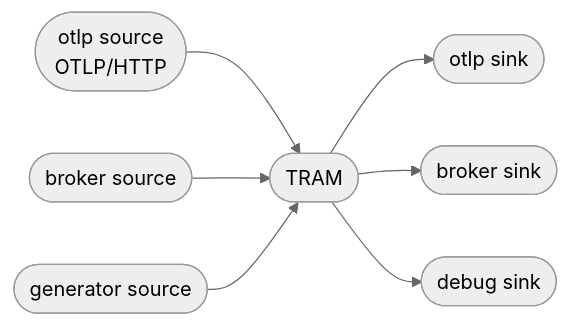
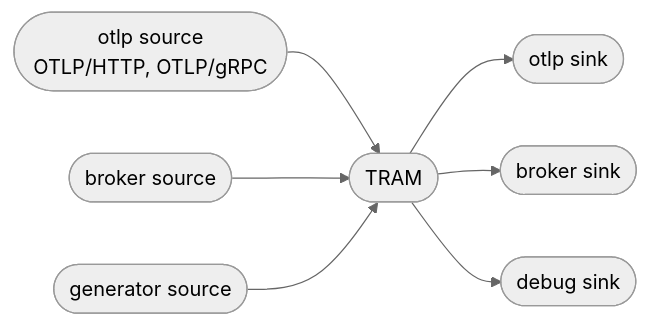
The third of 6 diagrams in README.md (go-tram/tram), drawn with Mermaid (neutral theme) before and after one commit. The commit also changed other lines of this file and 13 other files, not shown here.

First line of the commit message:
feat(source): receive OTLP over gRPC (#28)

````diff
--- a/README.md
+++ b/README.md
@@ -258,9 +258,9 @@
 ```mermaid
 flowchart LR
-    otlp_src(["otlp source<br>OTLP/HTTP"]) --> tram(["TRAM"])
+    otlp_src(["otlp source<br>OTLP/HTTP, OTLP/gRPC"]) --> tram(["TRAM"])
     broker_src(["broker source"]) --> tram
     generator(["generator source"]) --> tram
     tram --> otlp_sink(["otlp sink"])
     tram --> broker_sink(["broker sink"])
     tram --> debug(["debug sink"])
 ```
````
